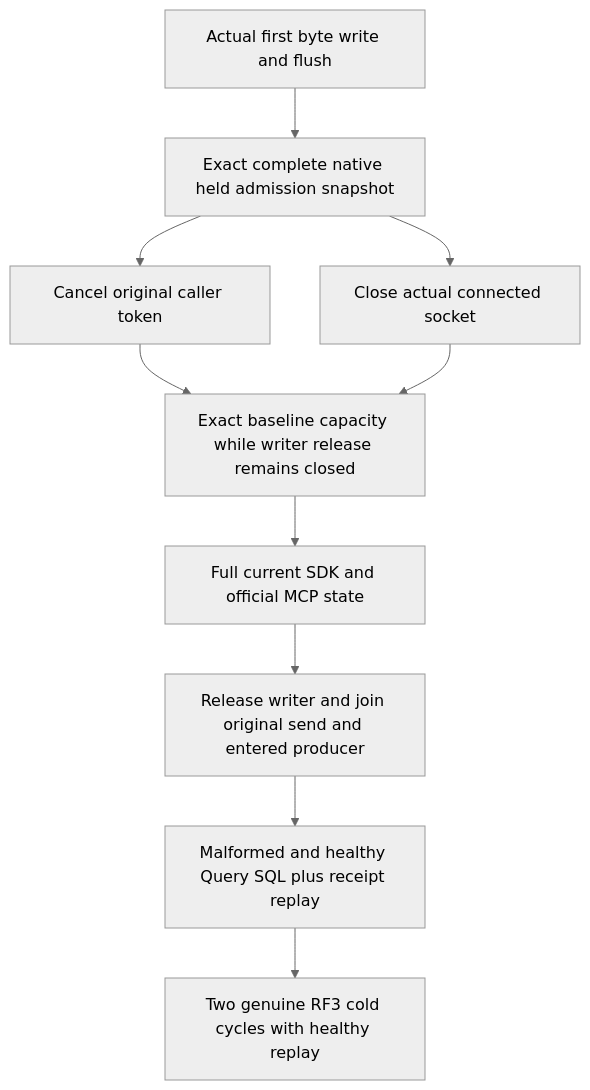
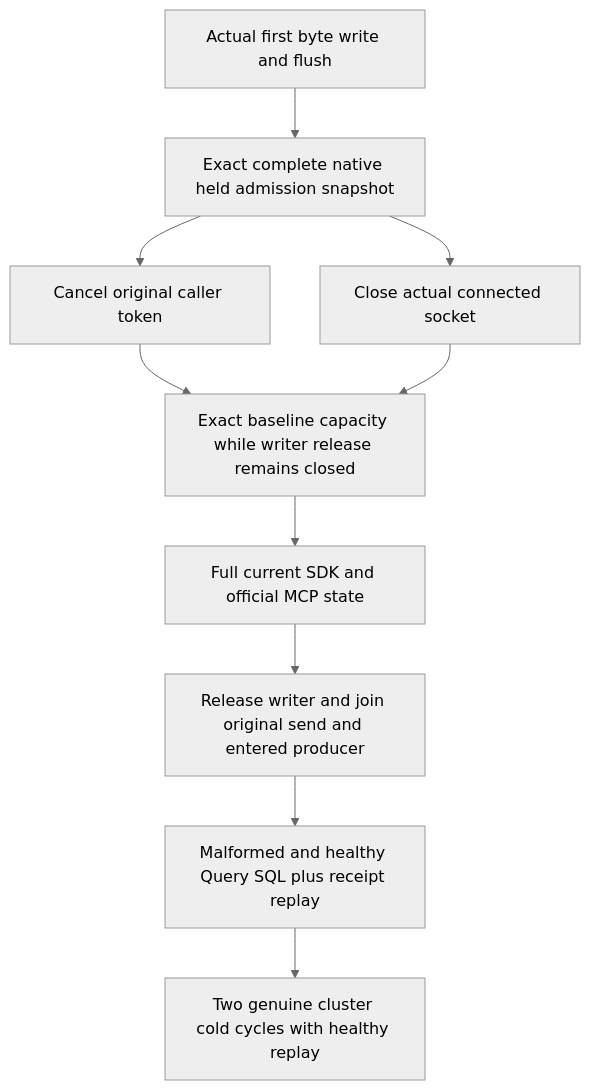
The diagram in docs/Features/ResourceExecution/SlowBodyAdmissionReturn.md (managedcode/KeyLoad), drawn with Mermaid (neutral theme) before and after one commit. The commit also changed other lines of this file and 7356 other files, not shown here.

````diff
--- a/docs/Features/ResourceExecution/SlowBodyAdmissionReturn.md
+++ b/docs/Features/ResourceExecution/SlowBodyAdmissionReturn.md
@@ -23,12 +23,12 @@
 ```mermaid
 flowchart TD
     Start[Actual first byte write and flush] --> Held[Exact complete native held admission snapshot]
     Held --> Cancel[Cancel original caller token]
     Held --> Disconnect[Close actual connected socket]
     Cancel --> Return[Exact baseline capacity while writer release remains closed]
     Disconnect --> Return
     Return --> Current[Full current SDK and official MCP state]
     Current --> Join[Release writer and join original send and entered producer]
     Join --> Healthy[Malformed and healthy Query SQL plus receipt replay]
-    Healthy --> Cold[Two genuine RF3 cold cycles with healthy replay]
+    Healthy --> Cold[Two genuine cluster cold cycles with healthy replay]
 ```
````
